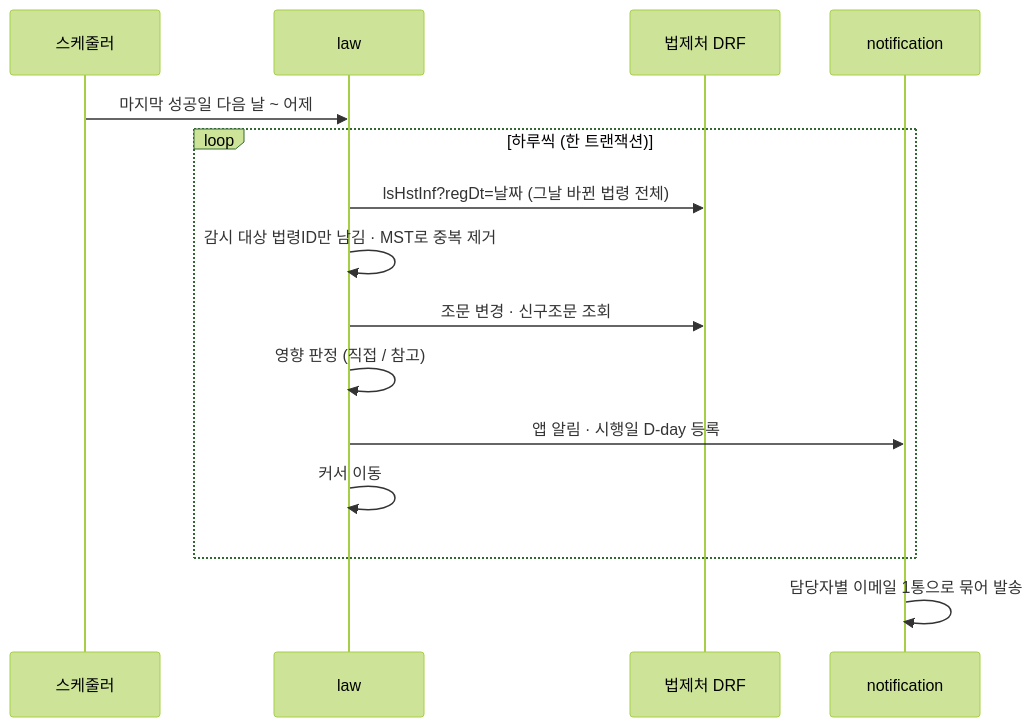
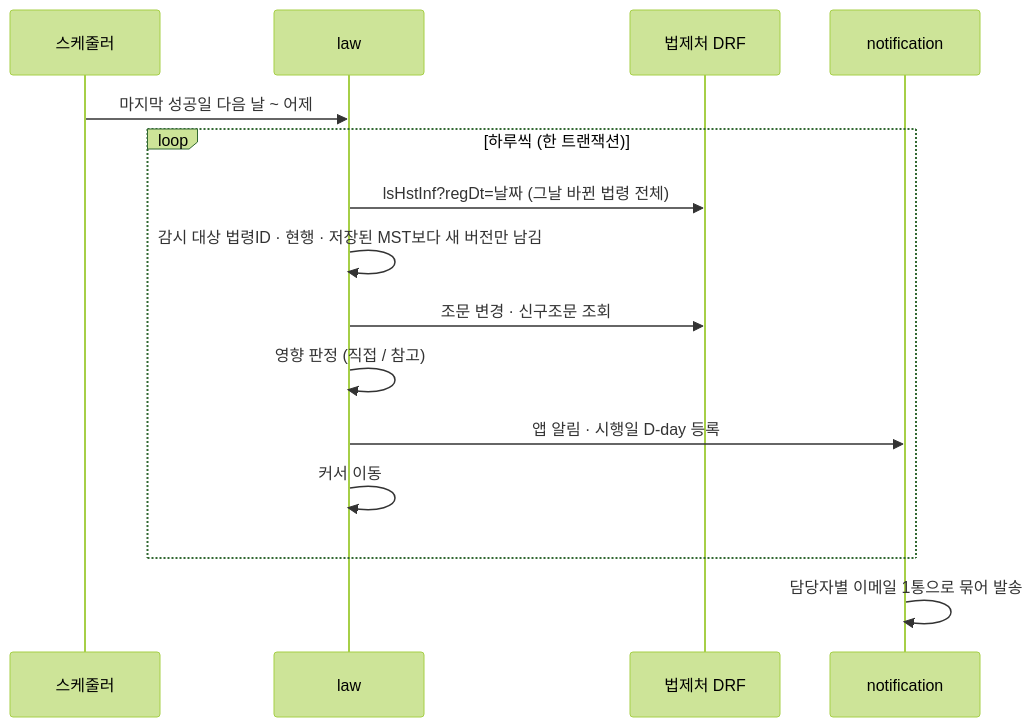
One commit to Dawit-lee/Environmental-License-System changed the fourth of 7 diagrams in docs/ARCHITECTURE.md. Above: the diagram before and after it, drawn with Mermaid (forest theme). The commit also changed other lines of this file and 1 other file, not shown here.

First line of the commit message:
Docs: mark all four feature designs approved; add version diff flow

````diff
--- a/docs/ARCHITECTURE.md
+++ b/docs/ARCHITECTURE.md
@@ -111,17 +111,17 @@
 ```mermaid
 sequenceDiagram
   participant S as 스케줄러
   participant L as law
   participant D as 법제처 DRF
   participant N as notification
   S->>L: 마지막 성공일 다음 날 ~ 어제
   loop 하루씩 (한 트랜잭션)
     L->>D: lsHstInf?regDt=날짜 (그날 바뀐 법령 전체)
-    L->>L: 감시 대상 법령ID만 남김 · MST로 중복 제거
+    L->>L: 감시 대상 법령ID · 현행 · 저장된 MST보다 새 버전만 남김
     L->>D: 조문 변경 · 신구조문 조회
     L->>L: 영향 판정 (직접 / 참고)
     L->>N: 앱 알림 · 시행일 D-day 등록
     L->>L: 커서 이동
   end
   N->>N: 담당자별 이메일 1통으로 묶어 발송
 ```
````
